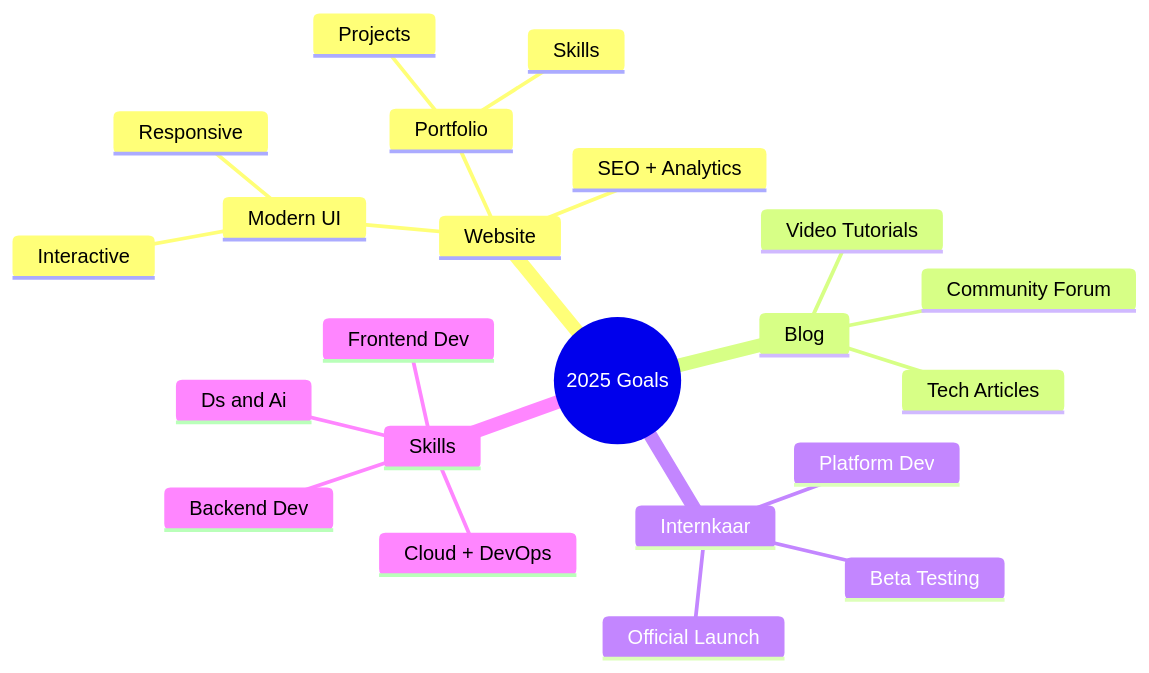
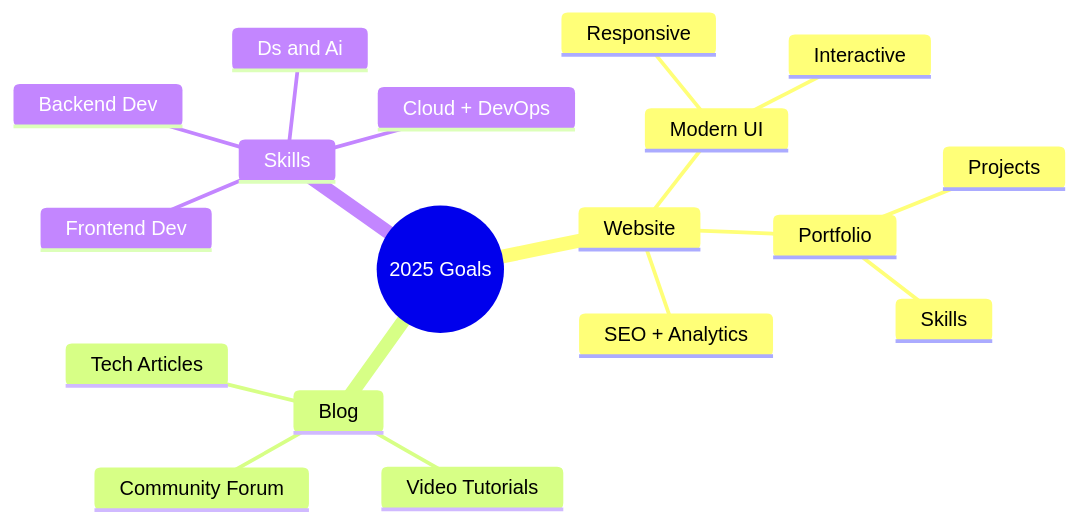
Before and after one commit to fab-c14/fab-c14: the diagram in README.md, drawn with Mermaid.

````diff
--- a/README.md
+++ b/README.md
@@ -108,28 +108,24 @@
 ```mermaid
 mindmap
     root((2025 Goals))
         Website
             Modern UI
                 Responsive
                 Interactive
             Portfolio
                 Projects
                 Skills
             SEO + Analytics
         
         Blog
             Tech Articles
             Video Tutorials
             Community Forum
         
-        Internkaar
-            Platform Dev
-            Beta Testing
-            Official Launch
-        
         Skills
             Frontend Dev
             Backend Dev
             Ds and Ai
+
             Cloud + DevOps
   ```
````
